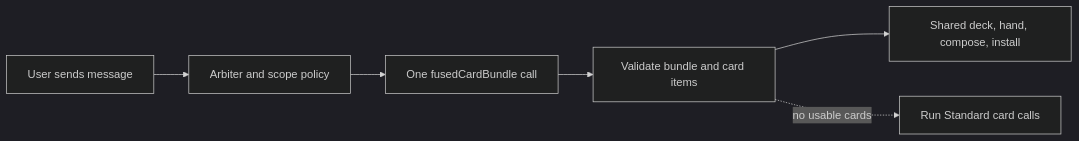
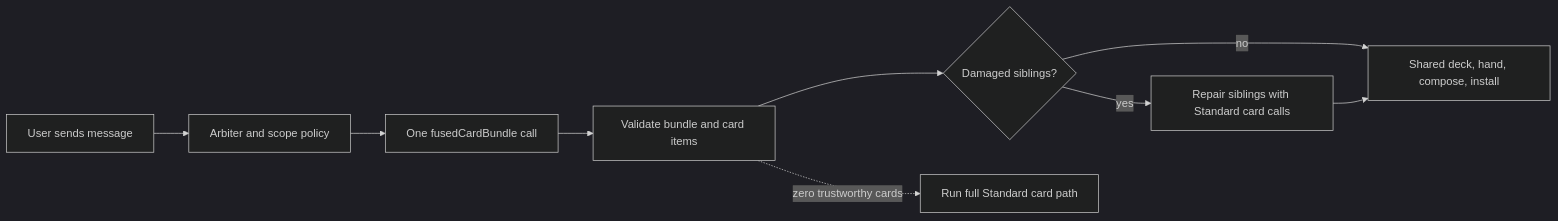
Before and after one commit to MentallyQuill/Recursion: the third of 4 diagrams in docs/user/RECURSION_OPERATOR_MANUAL.md, drawn with Mermaid (dark theme). The commit also changed other lines of this file and 14 other files, not shown here.

````diff
--- a/docs/user/RECURSION_OPERATOR_MANUAL.md
+++ b/docs/user/RECURSION_OPERATOR_MANUAL.md
@@ -197,8 +199,11 @@
 ```mermaid
 flowchart LR
     Send["User sends message"] --> Arbiter["Arbiter and scope policy"]
     Arbiter --> Bundle["One fusedCardBundle call"]
     Bundle --> Validate["Validate bundle and card items"]
-    Validate --> Shared["Shared deck, hand, compose, install"]
-    Validate -. "no usable cards" .-> Standard["Run Standard card calls"]
+    Validate --> Repair{"Damaged siblings?"}
+    Repair -- "no" --> Shared["Shared deck, hand, compose, install"]
+    Repair -- "yes" --> Targeted["Repair siblings with Standard card calls"]
+    Targeted --> Shared
+    Validate -. "zero trustworthy cards" .-> Standard["Run full Standard card path"]
 ```
````
